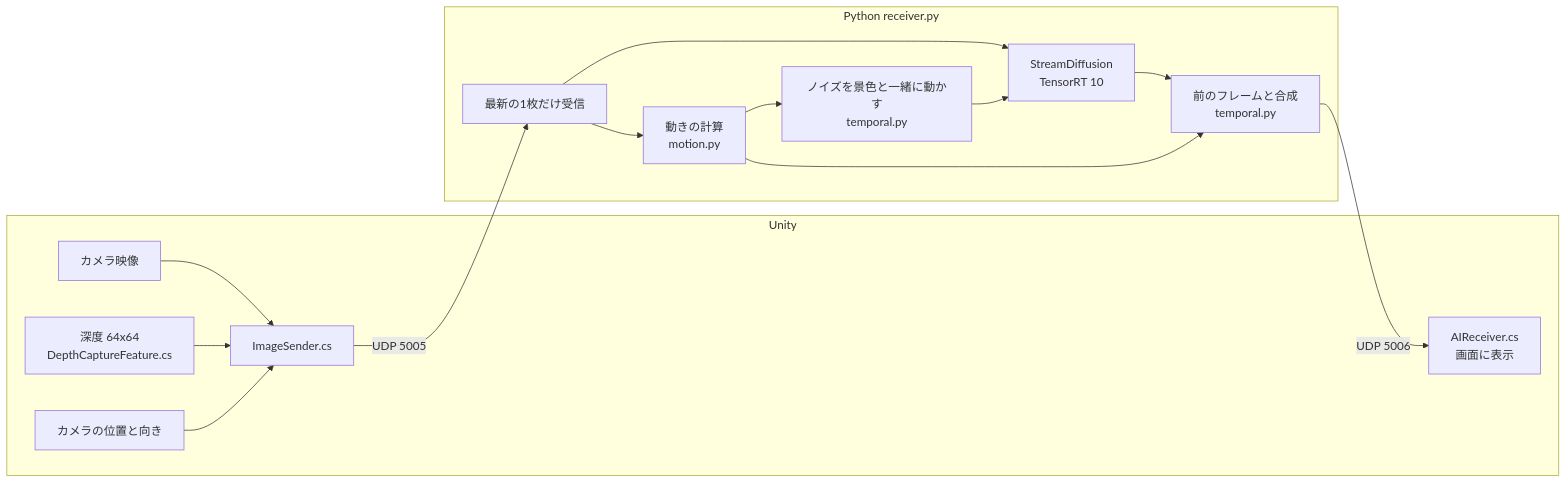
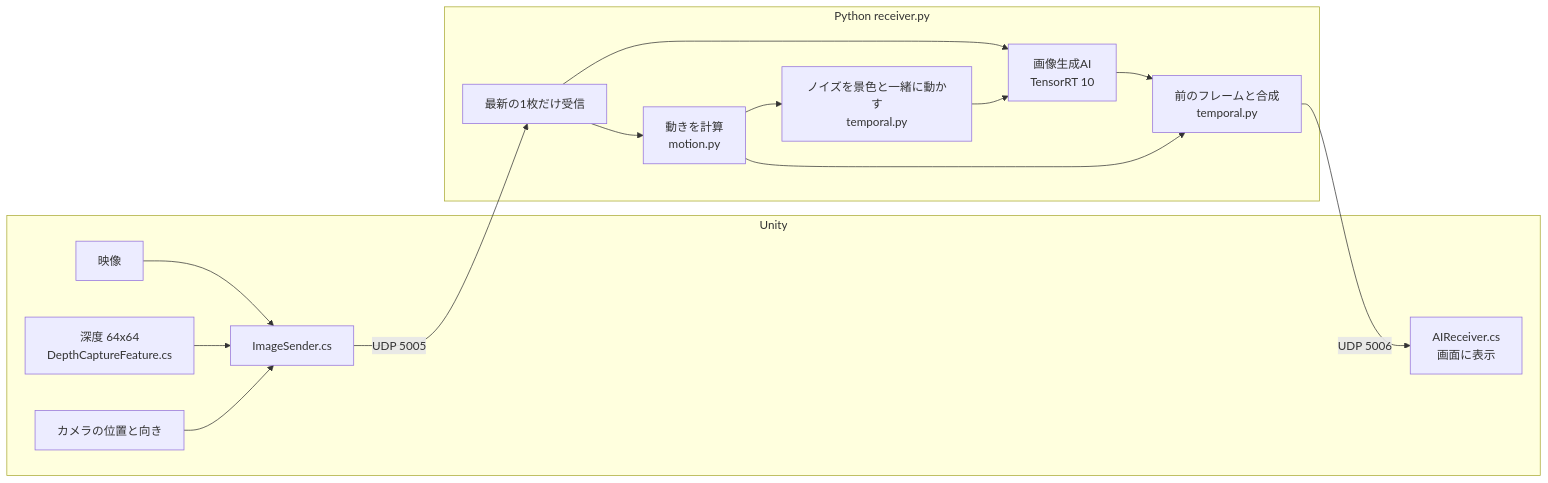
The second of 2 diagrams in README.md (YumaOkamoto1228/neural_rending_demo), drawn with Mermaid before and after one commit. The commit also changed other lines of this file and 5 other files, not shown here.

````diff
--- a/README.md
+++ b/README.md
@@ -90,19 +93,19 @@
 ```mermaid
 flowchart LR
     subgraph Unity
-        A[カメラ映像] --> S[ImageSender.cs]
+        A[映像] --> S[ImageSender.cs]
         D[深度 64x64<br>DepthCaptureFeature.cs] --> S
         M[カメラの位置と向き] --> S
         R[AIReceiver.cs<br>画面に表示]
     end
     subgraph Python [Python receiver.py]
         S -- UDP 5005 --> P[最新の1枚だけ受信]
-        P --> F[動きの計算<br>motion.py]
-        P --> AI[StreamDiffusion<br>TensorRT 10]
+        P --> F[動きを計算<br>motion.py]
         F --> N[ノイズを景色と一緒に動かす<br>temporal.py]
+        P --> AI[画像生成AI<br>TensorRT 10]
         N --> AI
         AI --> B[前のフレームと合成<br>temporal.py]
         F --> B
     end
     B -- UDP 5006 --> R
 ```
````
